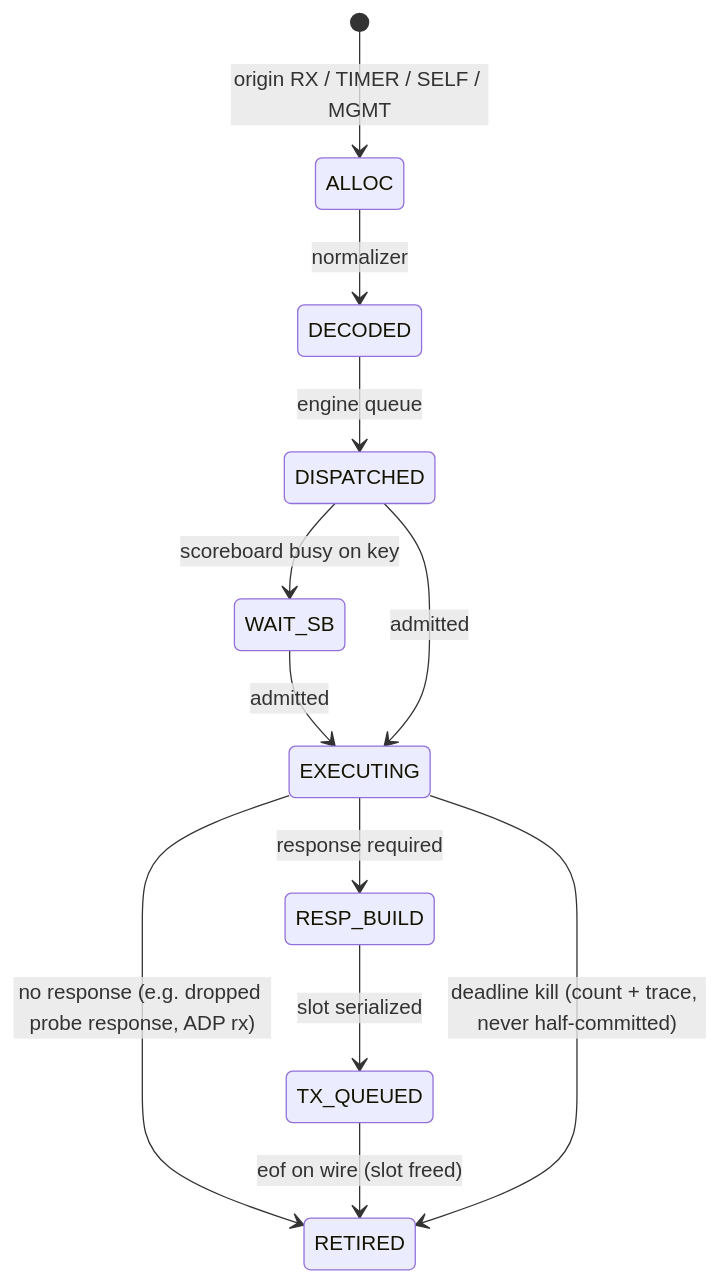
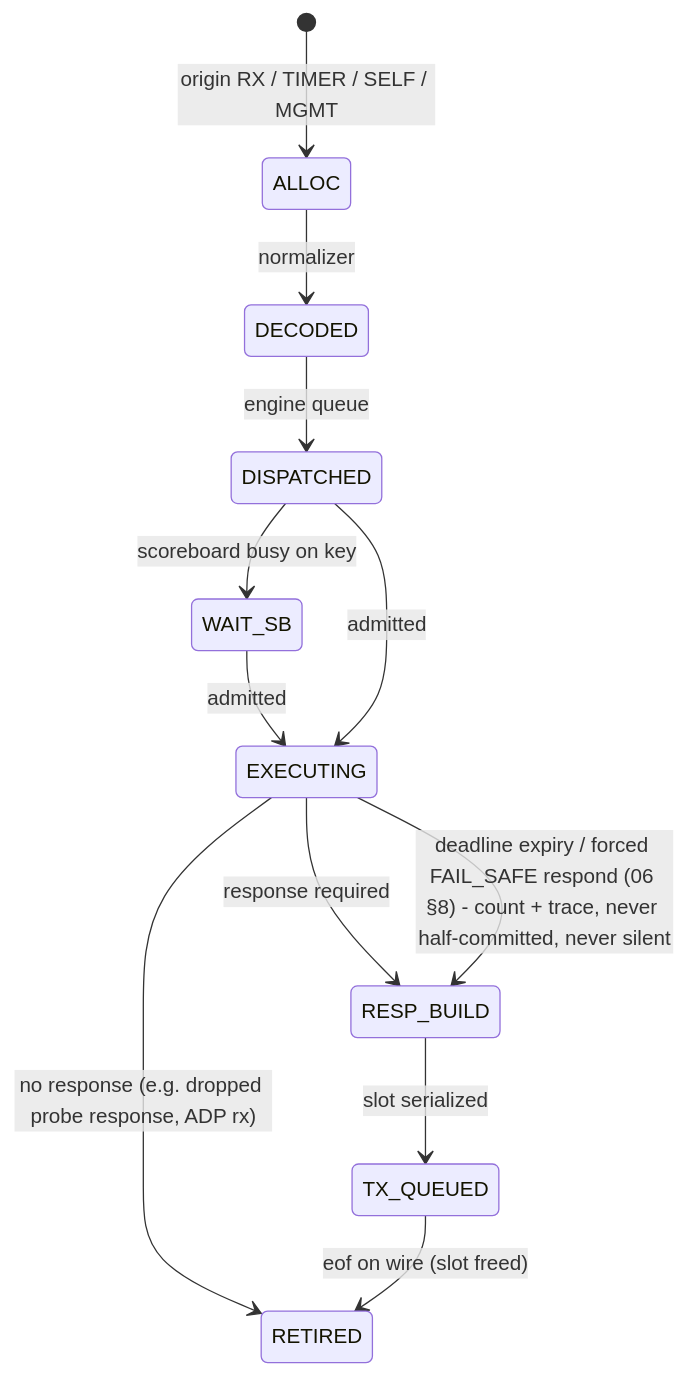
One commit to Mister-M-alt/protocol-processor-control-plane-avb-milan changed the second of 3 diagrams in docs/architecture/03_packet_engine.md. Above: the diagram before and after it, drawn with Mermaid. The commit also changed other lines of this file and 21 other files, not shown here.

````diff
--- a/docs/architecture/03_packet_engine.md
+++ b/docs/architecture/03_packet_engine.md
@@ -124,14 +124,14 @@
 ```mermaid
 stateDiagram-v2
     [*] --> ALLOC: origin RX / TIMER / SELF / MGMT
     ALLOC --> DECODED: normalizer
     DECODED --> DISPATCHED: engine queue
     DISPATCHED --> WAIT_SB: scoreboard busy on key
     WAIT_SB --> EXECUTING: admitted
     DISPATCHED --> EXECUTING: admitted
     EXECUTING --> RESP_BUILD: response required
     EXECUTING --> RETIRED: no response (e.g. dropped probe response, ADP rx)
     RESP_BUILD --> TX_QUEUED: slot serialized
     TX_QUEUED --> RETIRED: eof on wire (slot freed)
-    EXECUTING --> RETIRED: deadline kill (count + trace, never half-committed)
+    EXECUTING --> RESP_BUILD: deadline expiry / forced FAIL_SAFE respond (06 §8) - count + trace, never half-committed, never silent
 ```
````
